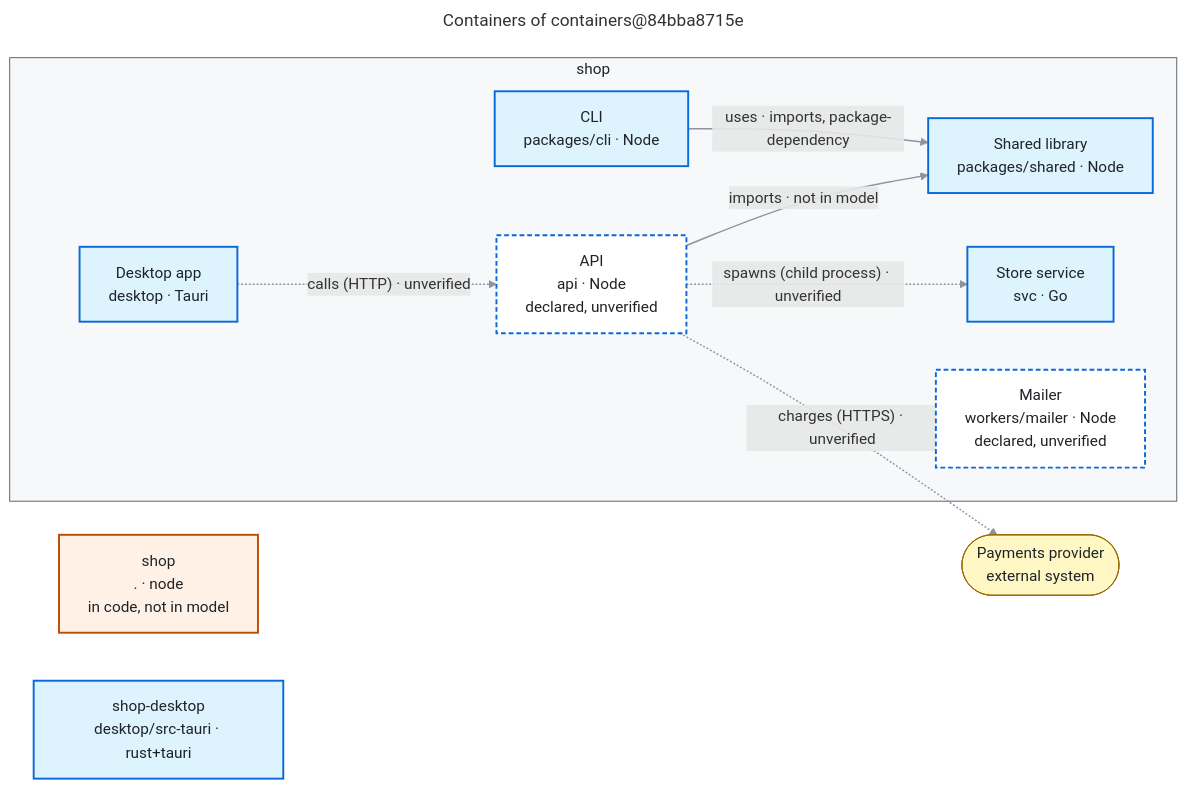
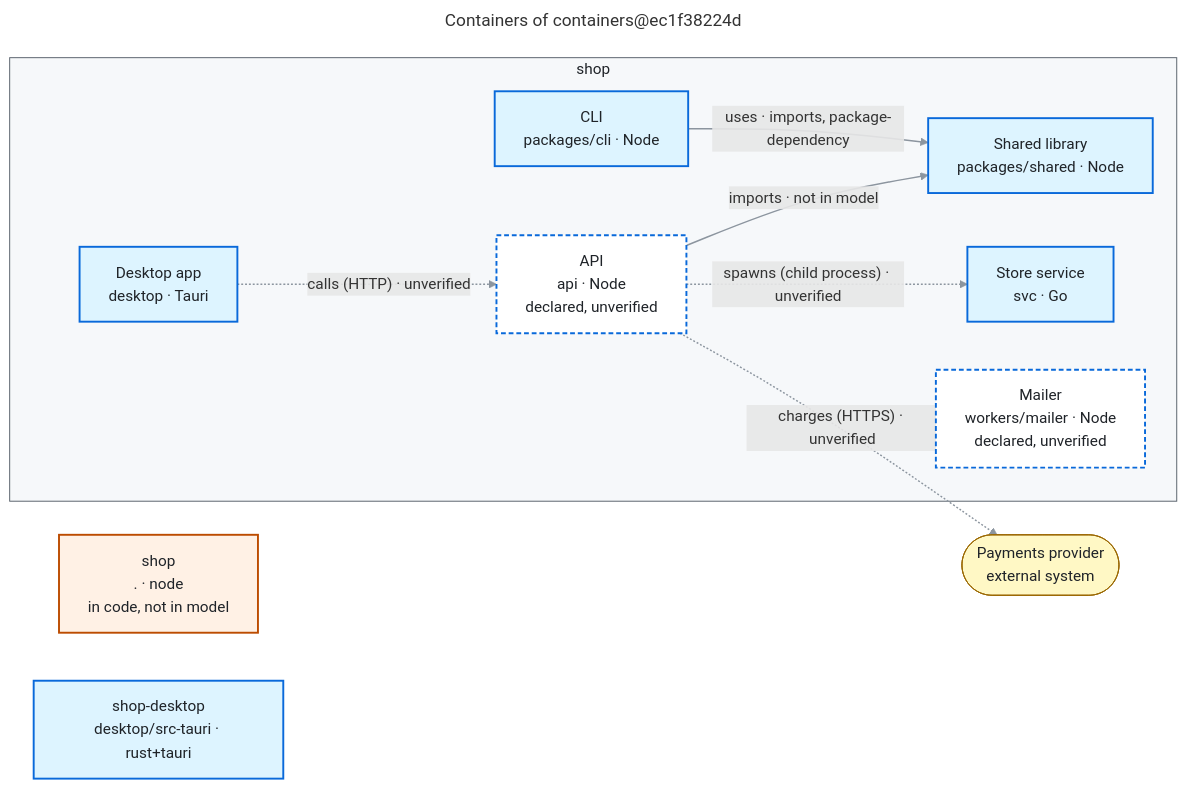
Before and after one commit to FullFran/archsieve: the diagram in examples/containers/containers.md, drawn with Mermaid. The commit also changed other lines of this file and 30 other files, not shown here.

````diff
--- a/examples/containers/containers.md
+++ b/examples/containers/containers.md
@@ -7,34 +7,34 @@
 ```mermaid
 ---
-title: "Containers of containers@84bba8715e"
+title: "Containers of containers@ec1f38224d"
 ---
 flowchart LR
   n0["shop<br/>. · node<br/>in code, not in model"]:::undeclared
   n3["shop-desktop<br/>desktop/src-tauri · rust+tauri"]:::container
   n8(["Payments provider<br/>external system"]):::external
   subgraph g0["shop"]
     n1["API<br/>api · Node<br/>declared, unverified"]:::unverified
     n2["Desktop app<br/>desktop · Tauri"]:::container
     n4["CLI<br/>packages/cli · Node"]:::container
     n5["Shared library<br/>packages/shared · Node"]:::container
     n6["Store service<br/>svc · Go"]:::container
     n7["Mailer<br/>workers/mailer · Node<br/>declared, unverified"]:::unverified
   end
   style g0 fill:#f6f8fa,stroke:#57606a,color:#1f2328
   n1 -->|"imports · not in model"| n5
   n1 -.->|"spawns (child process) · unverified"| n6
   n1 -.->|"charges (HTTPS) · unverified"| n8
   n2 -.->|"calls (HTTP) · unverified"| n1
   n4 -->|"uses · imports, package-dependency"| n5
   linkStyle default stroke:#8c959f,stroke-width:1.5px
   classDef code fill:#ddf4ff,stroke:#0969da,color:#1f2328
   classDef external fill:#fff8c5,stroke:#9a6700,color:#1f2328
   classDef module fill:#fbefff,stroke:#8250df,color:#1f2328
   classDef added fill:#dafbe1,stroke:#2da44e,stroke-width:2px,color:#1f2328
   classDef removed fill:#ffebe9,stroke:#cf222e,stroke-dasharray:4 3,color:#1f2328
   classDef boundary fill:#f6f8fa,stroke:#57606a,stroke-dasharray:6 4,color:#1f2328
   classDef container fill:#ddf4ff,stroke:#0969da,stroke-width:2px,color:#1f2328
   classDef unverified fill:#ffffff,stroke:#0969da,stroke-width:2px,stroke-dasharray:5 3,color:#1f2328
   classDef undeclared fill:#fff1e5,stroke:#bc4c00,stroke-width:2px,color:#1f2328
   classDef focus fill:#ddf4ff,stroke:#0969da,stroke-width:4px,color:#1f2328
 ```
````
